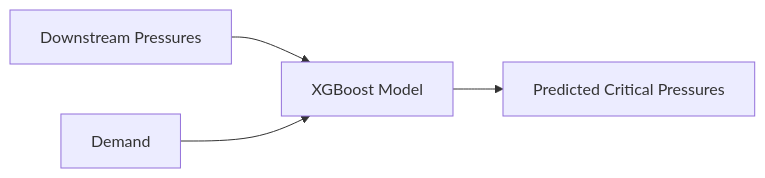
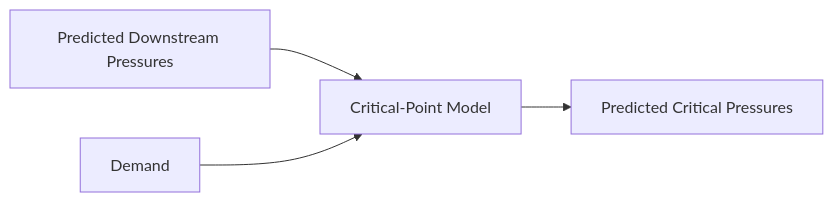
One commit to mahmmooudian/water-network-ai-analyzer changed the seventh of 9 diagrams in README.md. Above: the diagram before and after it, drawn with Mermaid. The commit also changed other lines of this file, not shown here.

````diff
--- a/README.md
+++ b/README.md
@@ -341,6 +354,6 @@
 ```mermaid
 flowchart LR
-    A[Downstream Pressures] --> C[XGBoost Model]
+    A[Predicted Downstream Pressures] --> C[Critical-Point Model]
     B[Demand] --> C
     C --> D[Predicted Critical Pressures]
 ```
````
